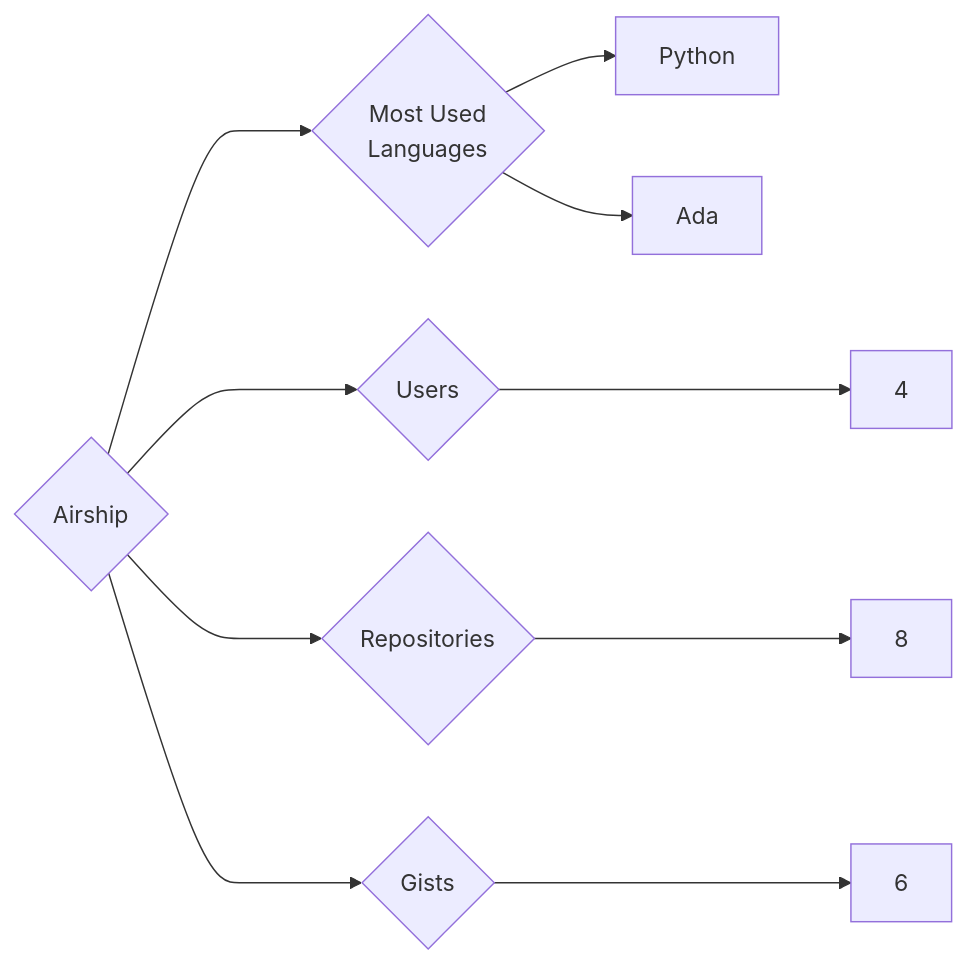
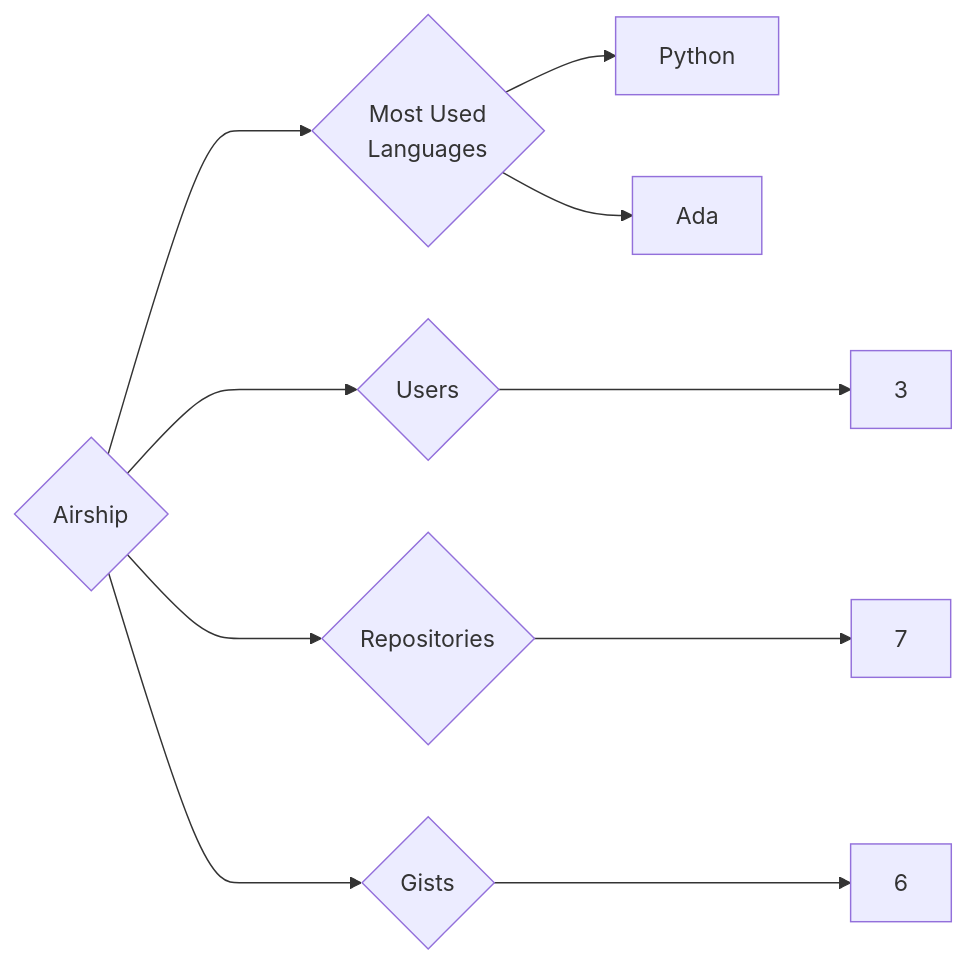
Before and after one commit to trickest/insiders: the diagram in targets/Airship/README.md, drawn with Mermaid. The commit also changed 934 other files, not shown here.

````diff
--- a/targets/Airship/README.md
+++ b/targets/Airship/README.md
@@ -3,10 +3,10 @@
 ```mermaid
 graph LR
 COMPANY_NAME{Airship}
-COMPANY_NAME ---> U{Users} ---> UN[4]
-COMPANY_NAME ---> R{Repositories} ---> RN[8]
+COMPANY_NAME ---> U{Users} ---> UN[3]
+COMPANY_NAME ---> R{Repositories} ---> RN[7]
 COMPANY_NAME ---> G{Gists} ---> GN[6]
 COMPANY_NAME ---> ML{Most Used<br>Languages}
 ML --> Python[Python]
 ML --> Ada[Ada]
 ```
````
